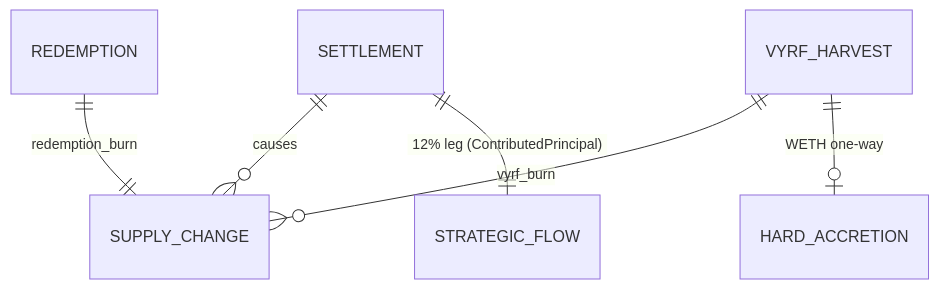
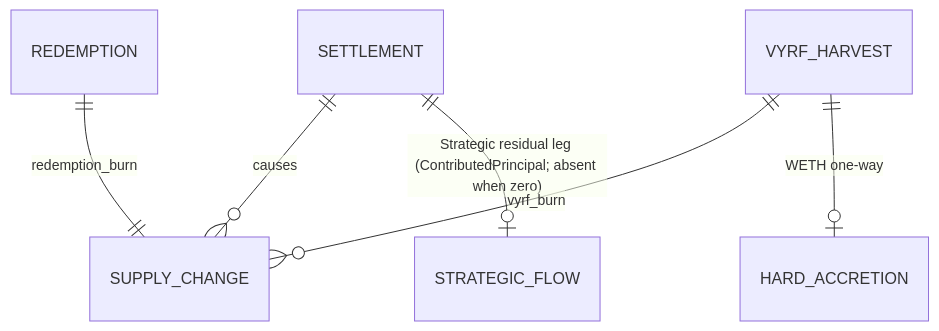
The third of 4 diagrams in grimoires/loa/sdd.md (0xElCapitan/vux), drawn with Mermaid before and after one commit. The commit also changed other lines of this file and 6 other files, not shown here.

````diff
--- a/grimoires/loa/sdd.md
+++ b/grimoires/loa/sdd.md
@@ -600,8 +600,8 @@
 ```mermaid
 erDiagram
     SETTLEMENT ||--o{ SUPPLY_CHANGE : causes
-    SETTLEMENT ||--|| STRATEGIC_FLOW : "12% leg (ContributedPrincipal)"
+    SETTLEMENT ||--o| STRATEGIC_FLOW : "Strategic residual leg (ContributedPrincipal; absent when zero)"
     REDEMPTION ||--|| SUPPLY_CHANGE : "redemption_burn"
     VYRF_HARVEST ||--o{ SUPPLY_CHANGE : "vyrf_burn"
     VYRF_HARVEST ||--o| HARD_ACCRETION : "WETH one-way"
 ```
````
